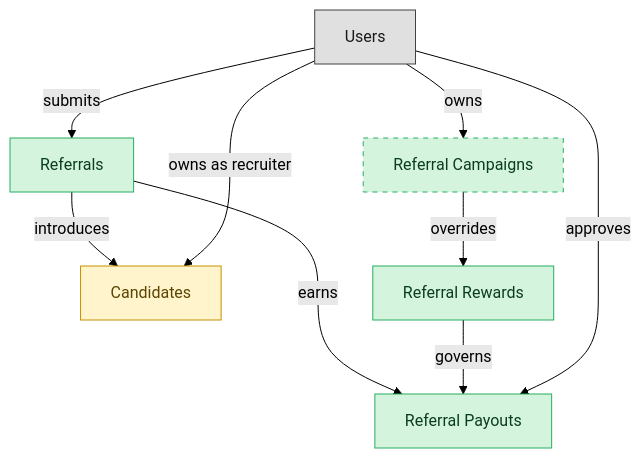
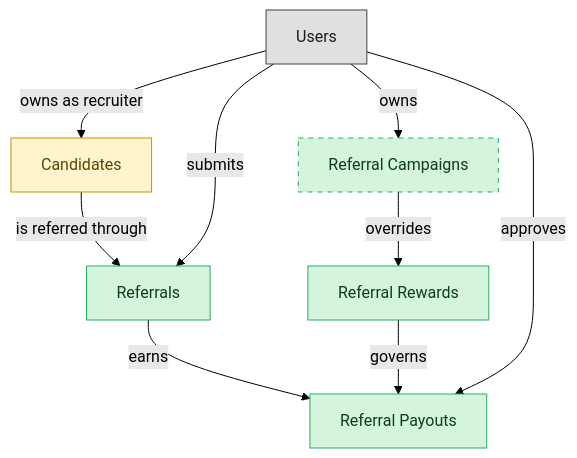
Before and after one commit to IntranetFactory/domain-map: the diagram in catalog/blueprints/ats-referrals-semantic-blueprint.md, drawn with Mermaid (forest theme). The commit also changed other lines of this file and 36 other files, not shown here.

````diff
--- a/catalog/blueprints/ats-referrals-semantic-blueprint.md
+++ b/catalog/blueprints/ats-referrals-semantic-blueprint.md
@@ -34,27 +34,27 @@
 ```mermaid
 flowchart TD
   classDef master fill:#d4f4dd,stroke:#27ae60,color:#0b3d20;
   classDef embedded_master fill:#fff4cc,stroke:#c79100,color:#5b4500;
   classDef platform_builtin fill:#e0e0e0,stroke:#424242,color:#1a1a1a;
   candidates["Candidates"]
   candidate_referrals["Referrals"]
   referral_rewards["Referral Rewards"]
   referral_payouts["Referral Payouts"]
   referral_campaigns["Referral Campaigns"]
   users["Users"]
-  candidate_referrals -->|"introduces"| candidates
+  candidates -->|"is referred through"| candidate_referrals
   candidate_referrals -->|"earns"| referral_payouts
   referral_rewards -->|"governs"| referral_payouts
   referral_campaigns -->|"overrides"| referral_rewards
   users -->|"submits"| candidate_referrals
   users -->|"owns as recruiter"| candidates
   users -->|"approves"| referral_payouts
   users -->|"owns"| referral_campaigns
   class candidates embedded_master;
   class candidate_referrals master;
   class referral_rewards master;
   class referral_payouts master;
   class referral_campaigns master;
   class users platform_builtin;
   style referral_campaigns stroke-dasharray:5 5;
 ```
````
